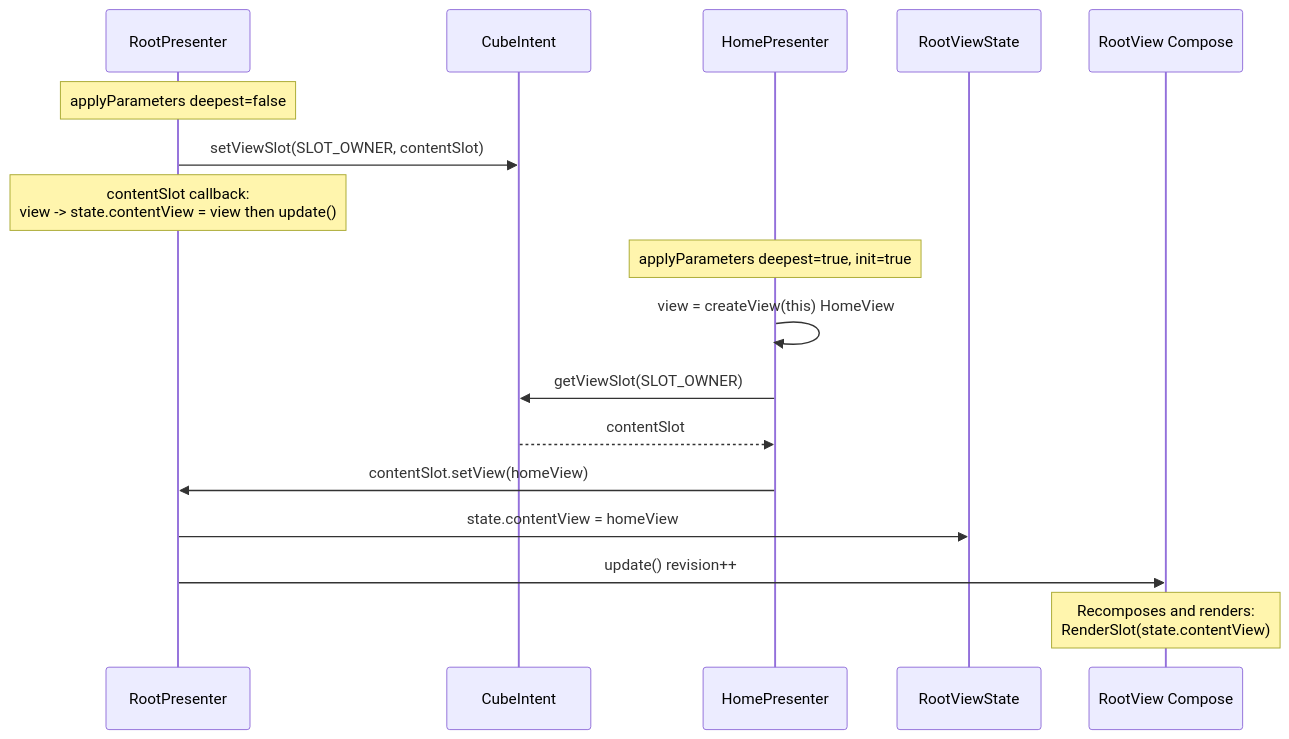
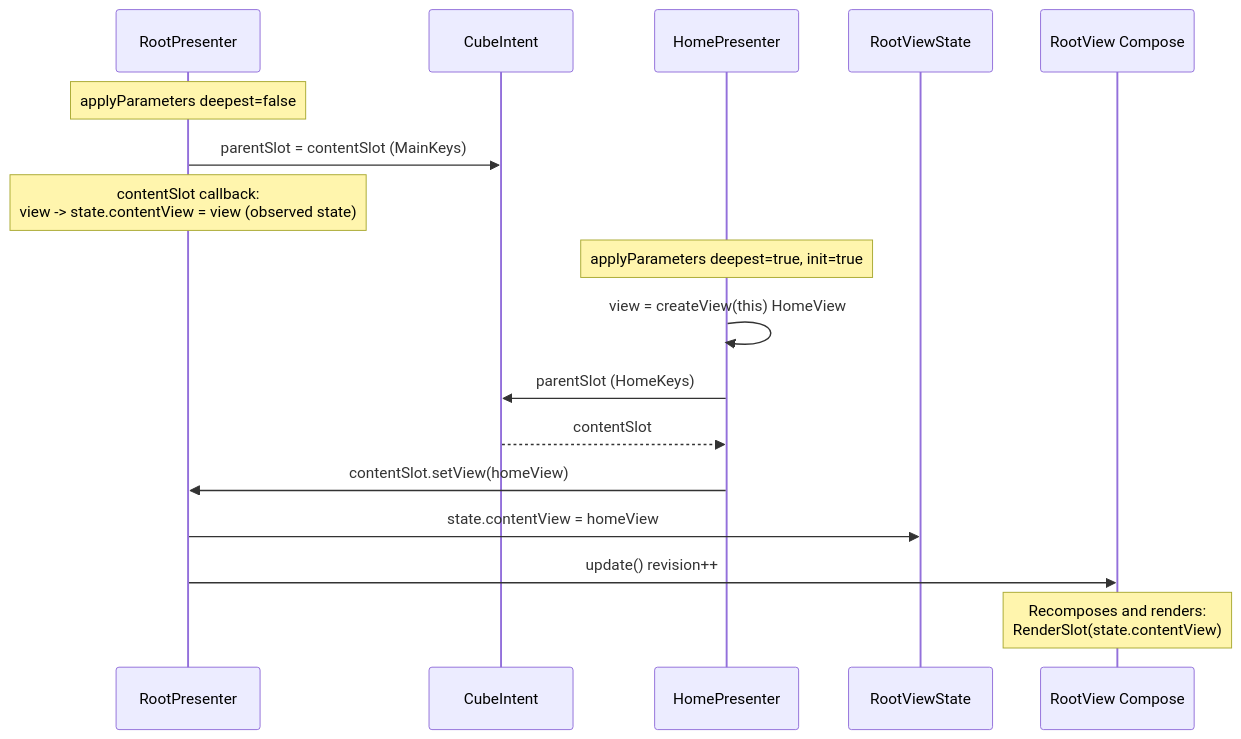
Before and after one commit to mrcdom/wdc-cube-kotlin: the sixth of 9 diagrams in docs/architecture-cube-compose.md, drawn with Mermaid. The commit also changed other lines of this file and 18 other files, not shown here.

````diff
--- a/docs/architecture-cube-compose.md
+++ b/docs/architecture-cube-compose.md
@@ -342,21 +342,21 @@
 ```mermaid
 sequenceDiagram
     participant Root as RootPresenter
     participant Intent as CubeIntent
     participant Home as HomePresenter
     participant RootState as RootViewState
     participant RootView as RootView Compose
 
     Note over Root: applyParameters deepest=false
-    Root->>Intent: setViewSlot(SLOT_OWNER, contentSlot)
-    Note over Root: contentSlot callback:<br/>view -> state.contentView = view then update()
+    Root->>Intent: parentSlot = contentSlot (MainKeys)
+    Note over Root: contentSlot callback:<br/>view -> state.contentView = view (observed state)
 
     Note over Home: applyParameters deepest=true, init=true
     Home->>Home: view = createView(this) HomeView
-    Home->>Intent: getViewSlot(SLOT_OWNER)
+    Home->>Intent: parentSlot (HomeKeys)
     Intent-->>Home: contentSlot
     Home->>Root: contentSlot.setView(homeView)
     Root->>RootState: state.contentView = homeView
     Root->>RootView: update() revision++
     Note over RootView: Recomposes and renders:<br/>RenderSlot(state.contentView)
 ```
````
